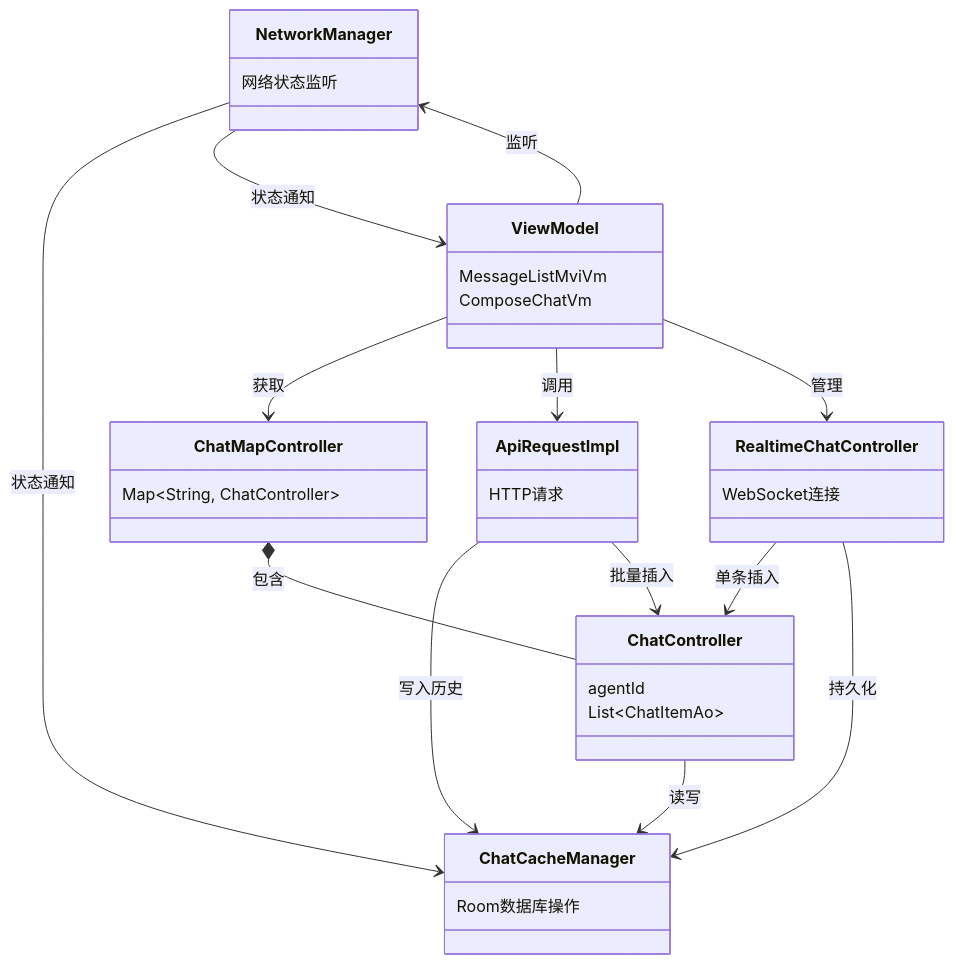
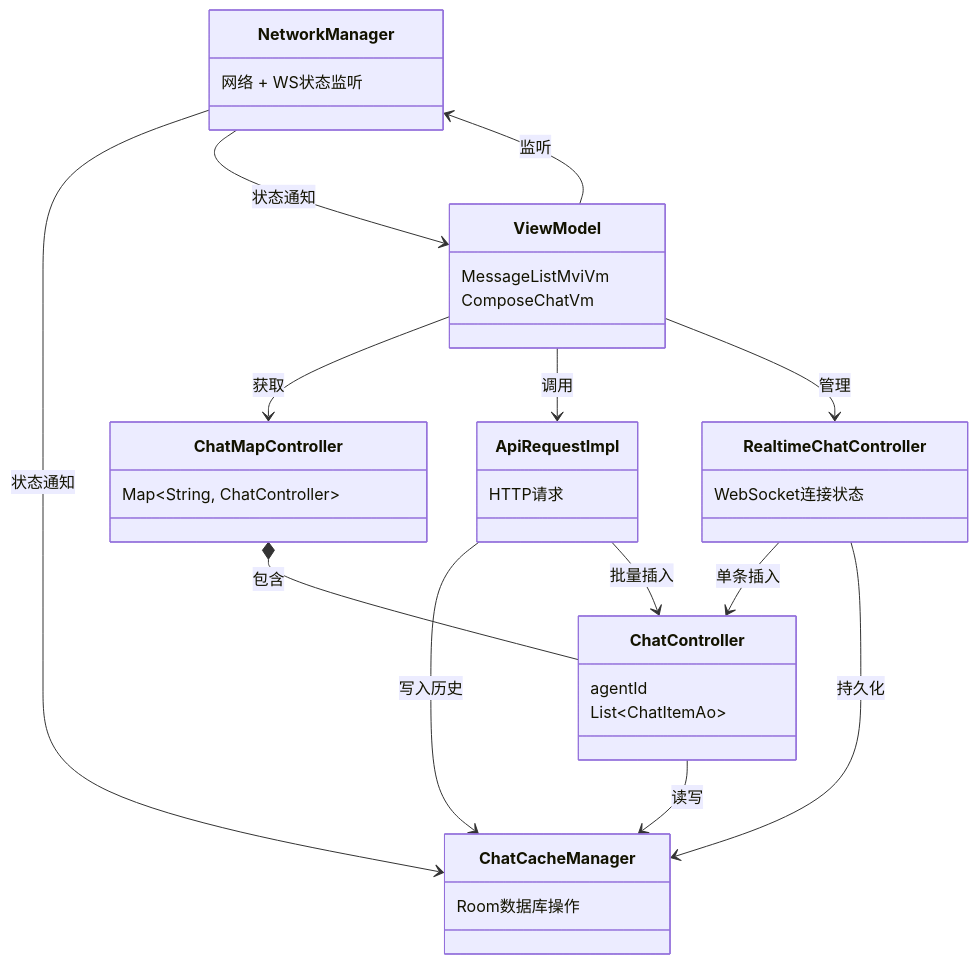
Diagram 30 of 32 in app/android/docs/AndroidDesignDocument.md (nangong918/magic-vector), drawn with Mermaid before and after one commit. The commit also changed other lines of this file and 14 other files, not shown here.

````diff
--- a/app/android/docs/AndroidDesignDocument.md
+++ b/app/android/docs/AndroidDesignDocument.md
@@ -855,50 +857,50 @@
 ```mermaid
 classDiagram
   class ChatMapController {
     Map~String, ChatController~
   }
 
   class ChatController {
     agentId
     List~ChatItemAo~
   }
 
   class ChatCacheManager {
     Room数据库操作
   }
 
   class NetworkManager {
-    网络状态监听
+    网络 + WS状态监听
   }
 
   class ApiRequestImpl {
     HTTP请求
   }
 
   class RealtimeChatController {
-    WebSocket连接
+    WebSocket连接状态
   }
 
   class ViewModel {
     MessageListMviVm
     ComposeChatVm
   }
 
   ChatMapController *-- ChatController : 包含
 
   ChatController --> ChatCacheManager : 读写
 
   NetworkManager --> ChatCacheManager : 状态通知
   NetworkManager --> ViewModel : 状态通知
 
   ApiRequestImpl --> ChatCacheManager : 写入历史
   ApiRequestImpl --> ChatController : 批量插入
 
   RealtimeChatController --> ChatController : 单条插入
   RealtimeChatController --> ChatCacheManager : 持久化
 
   ViewModel --> ChatMapController : 获取
   ViewModel --> ApiRequestImpl : 调用
   ViewModel --> RealtimeChatController : 管理
   ViewModel --> NetworkManager : 监听
 ```
````
